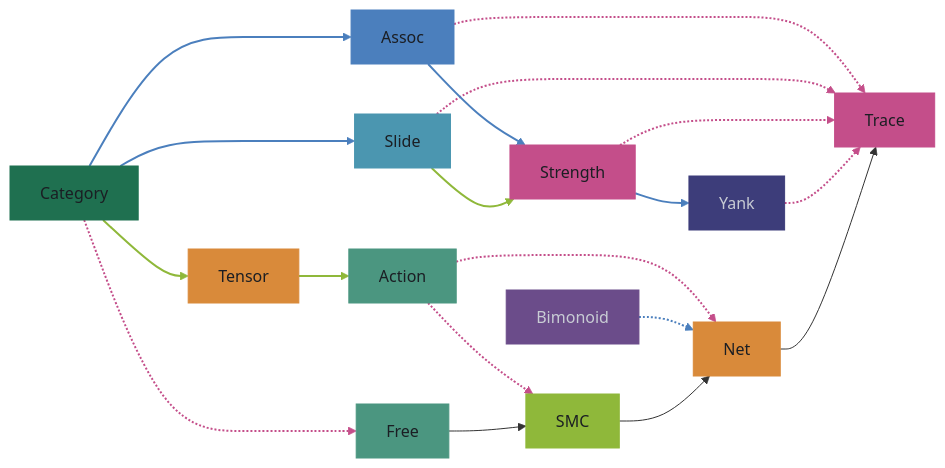
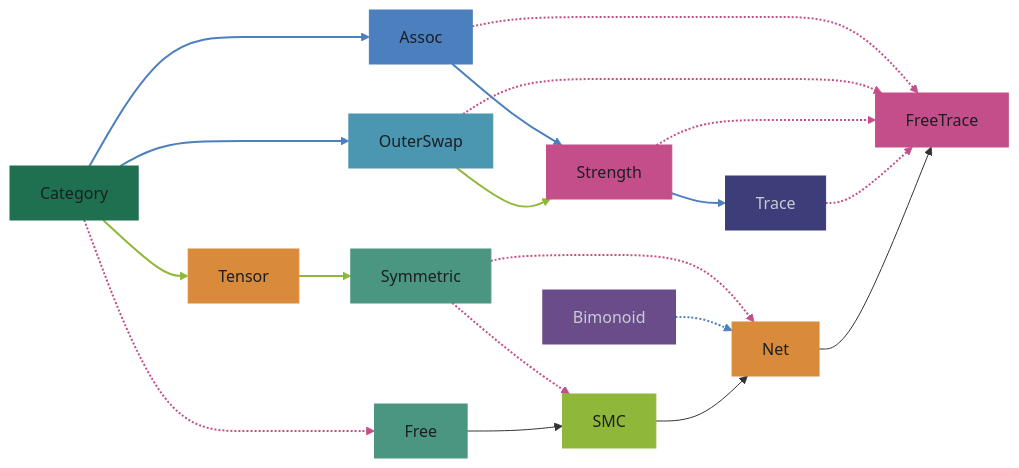
One commit to tonyday567/circuits changed the first of 2 diagrams in readme.md. Above: the diagram before and after it, drawn with Mermaid. The commit also changed other lines of this file and 8 other files, not shown here.

````diff
--- a/readme.md
+++ b/readme.md
@@ -11,48 +11,48 @@
 ```mermaid
 graph LR
   Category["Category"]
   Assoc["Assoc"]
-  Slide["Slide"]
+  OuterSwap["OuterSwap"]
   Strength["Strength"]
-  Yank["Yank"]
+  Trace["Trace"]
   Tensor["Tensor"]
-  Action["Action"]
+  Symmetric["Symmetric"]
   Bimonoid["Bimonoid"]
 
   Free["Free"]
   SMC["SMC"]
   Net["Net"]
-  Trace["Trace"]
+  FreeTrace["FreeTrace"]
 
   Category -.-> Free
-  Assoc -.-> Trace
-  Slide -.-> Trace
-  Strength -.-> Trace
-  Yank -.-> Trace
-  Action -.-> SMC
-  Action -.-> Net
+  Assoc -.-> FreeTrace
+  OuterSwap -.-> FreeTrace
+  Strength -.-> FreeTrace
+  Trace -.-> FreeTrace
+  Symmetric -.-> SMC
+  Symmetric -.-> Net
   Bimonoid -.-> Net
 
-  Category --> Assoc --> Strength --> Yank
-  Category --> Slide --> Strength
-  Category --> Tensor --> Action
+  Category --> Assoc --> Strength --> Trace
+  Category --> OuterSwap --> Strength
+  Category --> Tensor --> Symmetric
   Free --> SMC --> Net
-  Net --> Trace
+  Net --> FreeTrace
 
   linkStyle 0,1,2,3,4,5,6 stroke:#C44E8A,stroke-width:2px
   linkStyle 7,8,9,10,11 stroke:#4B7FBD,stroke-width:2px
   linkStyle 12,13,14 stroke:#8FB83A,stroke-width:2px
 
   style Category fill:#1F7050,stroke:#1F7050,color:#1b1e23
   style Assoc fill:#4B7FBD,stroke:#4B7FBD,color:#1b1e23
-  style Slide fill:#4B96B0,stroke:#4B96B0,color:#1b1e23
+  style OuterSwap fill:#4B96B0,stroke:#4B96B0,color:#1b1e23
   style Strength fill:#C44E8A,stroke:#C44E8A,color:#1b1e23
-  style Yank fill:#3D3D7A,stroke:#3D3D7A,color:#c8ccd4
+  style Trace fill:#3D3D7A,stroke:#3D3D7A,color:#c8ccd4
   style Tensor fill:#D98A3A,stroke:#D98A3A,color:#1b1e23
-  style Action fill:#4B9680,stroke:#4B9680,color:#1b1e23
+  style Symmetric fill:#4B9680,stroke:#4B9680,color:#1b1e23
   style Bimonoid fill:#6B4C8A,stroke:#6B4C8A,color:#c8ccd4
   style Free fill:#4B9680,stroke:#4B9680,color:#1b1e23
   style SMC fill:#8FB83A,stroke:#8FB83A,color:#1b1e23
   style Net fill:#D98A3A,stroke:#D98A3A,color:#1b1e23
-  style Trace fill:#C44E8A,stroke:#C44E8A,color:#1b1e23
+  style FreeTrace fill:#C44E8A,stroke:#C44E8A,color:#1b1e23
 ```
````
